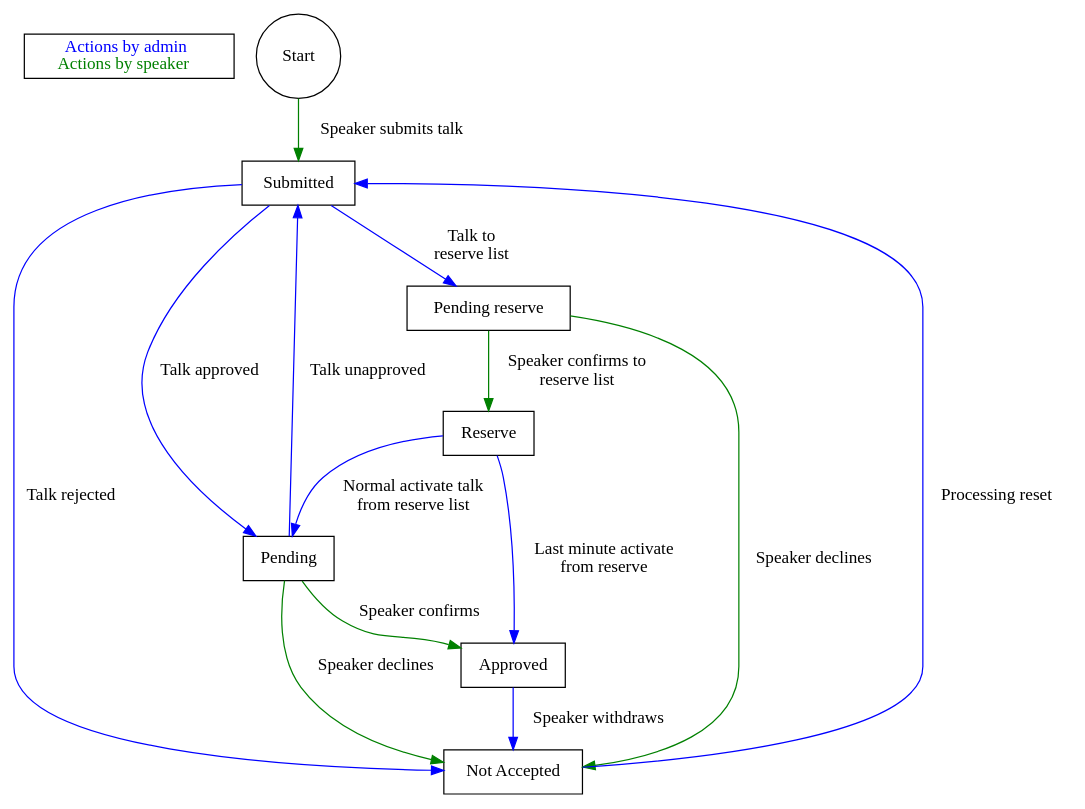
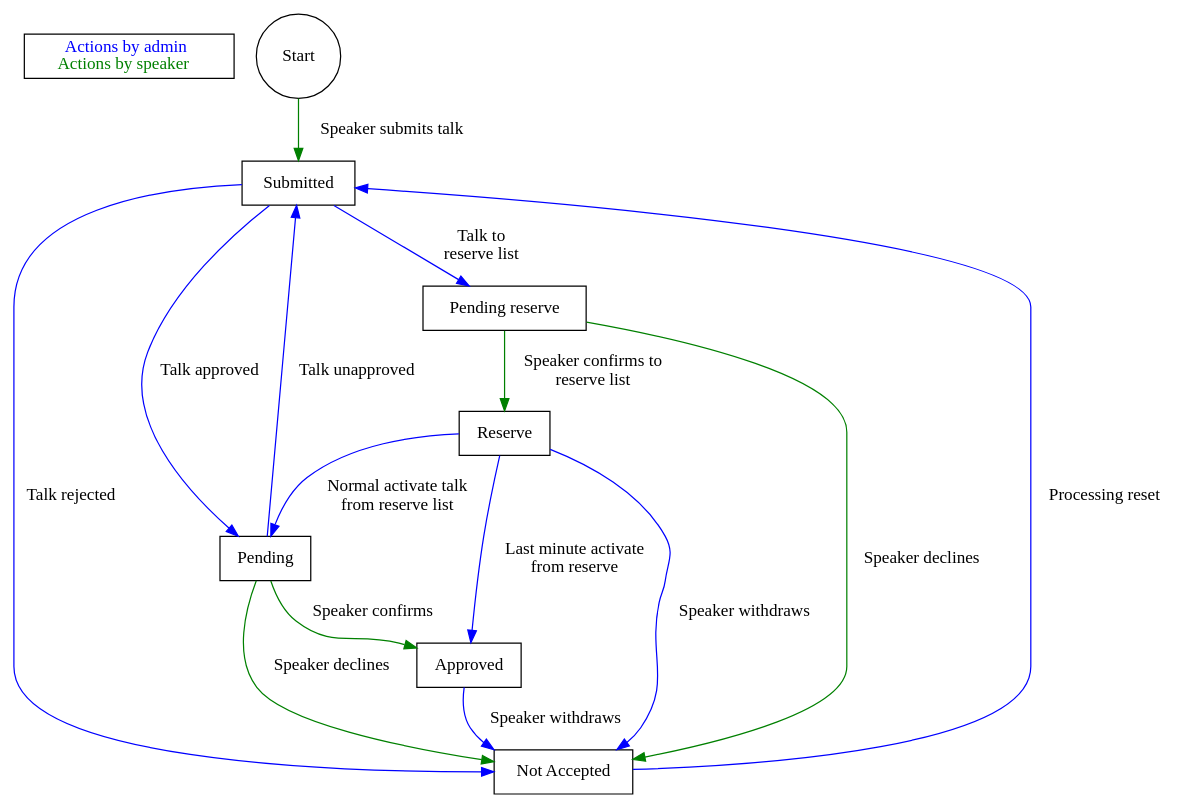
The diagram in docs/confreg/graphs/talk_states.dot (pgeu/pgeu-system), drawn with Graphviz before and after one commit. The commit also changed 2 other files, not shown here.

Commit message:
Make it possible to withdraw a talk from reserve list
Once a talk was confirmed onto the reserve list, there was no way for
the speaker to actually withdraw it (without removing all speakers and
then changing the status, which turns out to be the ugly workaround
applied). This should of course be possible (but only through manual
contact with the organisers)

Reported by Christophe Pettus

```diff
--- a/docs/confreg/graphs/talk_states.dot
+++ b/docs/confreg/graphs/talk_states.dot
@@ -1,32 +1,33 @@
 digraph talkstates {
 	subgraph legend {
 		key[shape=box, label=<
 		    <font color="blue">Actions by admin</font><br/>
 		    <font color="green">Actions by speaker</font><br/>
 		>, labeljust="l"]
 	}
 
 	start[shape=circle label=Start];
 
 	submitted[shape=box label=Submitted];
 	pending[shape=box label=Pending];
 	approved[shape=box label=Approved];
 	reserve[shape=box label=Reserve];
 	pendingreserve[shape=box label="Pending reserve"];
 
 	rejected[shape=box label="Not Accepted"];
 
 	start -> submitted [label = "Speaker submits talk", color=green];
 	submitted -> pending [label = "Talk approved", color=blue]
 	pending -> approved [label = "Speaker confirms", color=green]
 	pending -> rejected [label = "Speaker declines", color=green]
 	pending -> submitted [label = "Talk unapproved", color=blue]
 	submitted -> rejected [label = "Talk rejected", color=blue]
 	submitted -> pendingreserve [label = "Talk to\nreserve list", color=blue]
 	pendingreserve -> reserve [label = "Speaker confirms to\nreserve list", color=green]
 	pendingreserve -> rejected [label = "Speaker declines", color=green]
 	reserve -> pending [label = "Normal activate talk\n from reserve list", color=blue]
 	approved -> rejected [label = "Speaker withdraws", color=blue]
 	rejected -> submitted [label = "Processing reset", color=blue]
 	reserve -> approved [label = "Last minute activate\nfrom reserve", color=blue]
+	reserve -> rejected [label = "Speaker withdraws", color=blue]
 }
```
